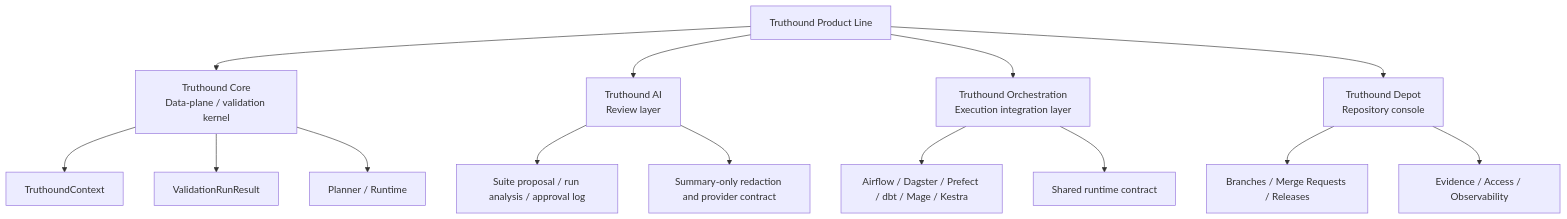
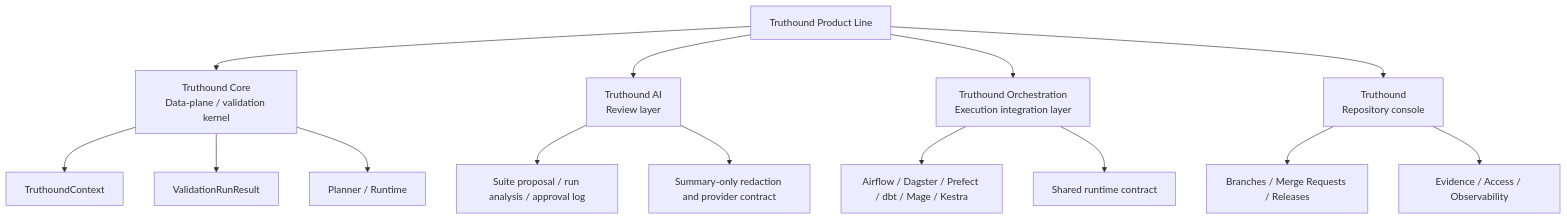
Before and after one commit to seadonggyun4/truthound: the diagram in docs/concepts/index.md, drawn with Mermaid. The commit also changed other lines of this file and 23 other files, not shown here.

````diff
--- a/docs/concepts/index.md
+++ b/docs/concepts/index.md
@@ -29,20 +29,20 @@
 ```mermaid
 flowchart TD
     A["Truthound Product Line"] --> B["Truthound Core\nData-plane / validation kernel"]
     A --> C["Truthound AI\nReview layer"]
     A --> D["Truthound Orchestration\nExecution integration layer"]
-    A --> E["Truthound Depot\nRepository console"]
+    A --> E["Truthound\nRepository console"]
 
     B --> F["TruthoundContext"]
     B --> G["ValidationRunResult"]
     B --> H["Planner / Runtime"]
 
     C --> I["Suite proposal / run analysis / approval log"]
     C --> J["Summary-only redaction and provider contract"]
 
     D --> K["Airflow / Dagster / Prefect / dbt / Mage / Kestra"]
     D --> L["Shared runtime contract"]
 
     E --> M["Branches / Merge Requests / Releases"]
     E --> N["Evidence / Access / Observability"]
 ```
````
